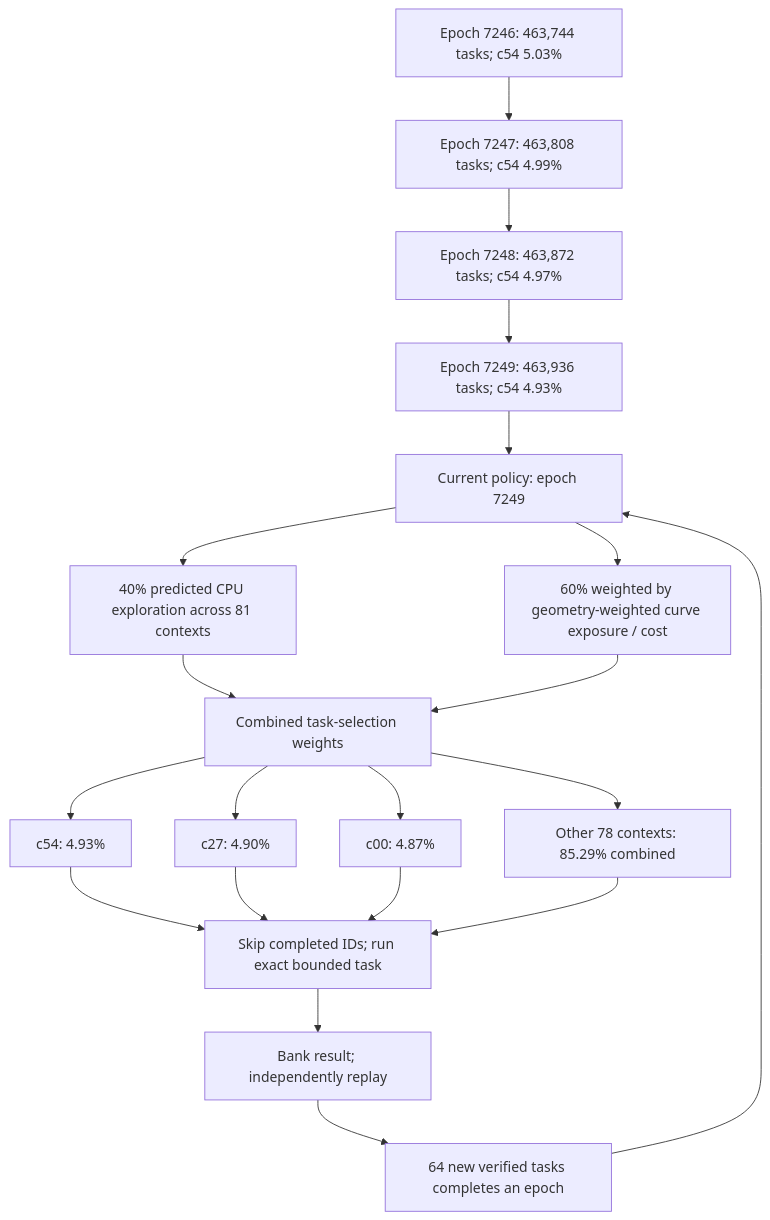
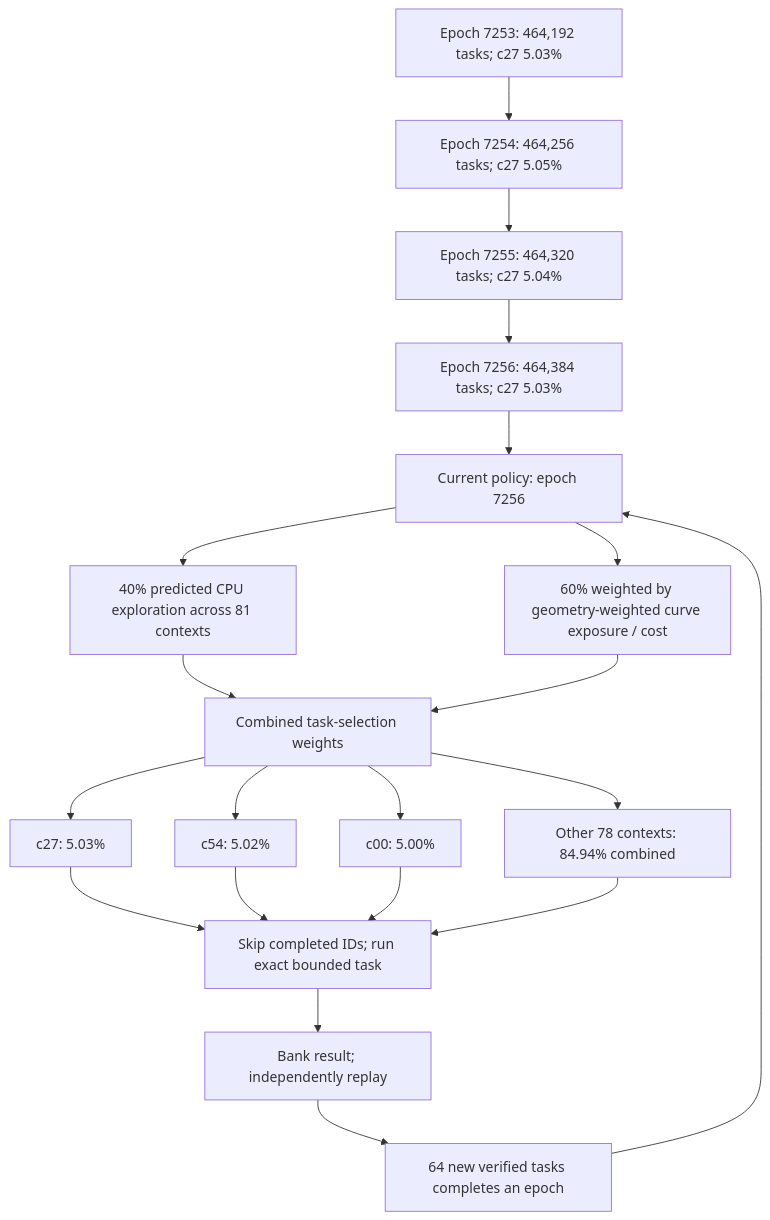
The first of 4 diagrams in README.md (Kuberwastaken/math-gambling), drawn with Mermaid before and after one commit. The commit also changed other lines of this file and 979 other files, not shown here.

````diff
--- a/README.md
+++ b/README.md
@@ -60,27 +60,27 @@
 ```mermaid
 flowchart TD
-    H0["Epoch 7246: 463,744 tasks; c54 5.03%"]
-    H1["Epoch 7247: 463,808 tasks; c54 4.99%"]
+    H0["Epoch 7253: 464,192 tasks; c27 5.03%"]
+    H1["Epoch 7254: 464,256 tasks; c27 5.05%"]
     H0 --> H1
-    H2["Epoch 7248: 463,872 tasks; c54 4.97%"]
+    H2["Epoch 7255: 464,320 tasks; c27 5.04%"]
     H1 --> H2
-    H3["Epoch 7249: 463,936 tasks; c54 4.93%"]
+    H3["Epoch 7256: 464,384 tasks; c27 5.03%"]
     H2 --> H3
-    Policy["Current policy: epoch 7249"]
+    Policy["Current policy: epoch 7256"]
     H3 --> Policy
     Policy --> Explore["40% predicted CPU exploration across 81 contexts"]
     Policy --> Cost["60% weighted by geometry-weighted curve exposure / cost"]
     Explore --> Mix["Combined task-selection weights"]
     Cost --> Mix
-    Mix --> C0["c54: 4.93%"]
-    Mix --> C1["c27: 4.90%"]
-    Mix --> C2["c00: 4.87%"]
-    Mix --> Rest["Other 78 contexts: 85.29% combined"]
+    Mix --> C0["c27: 5.03%"]
+    Mix --> C1["c54: 5.02%"]
+    Mix --> C2["c00: 5.00%"]
+    Mix --> Rest["Other 78 contexts: 84.94% combined"]
     C0 --> Check["Skip completed IDs; run exact bounded task"]
     C1 --> Check
     C2 --> Check
     Rest --> Check
     Check --> Replay["Bank result; independently replay"]
     Replay --> Gate["64 new verified tasks completes an epoch"]
     Gate --> Policy
 ```
````
